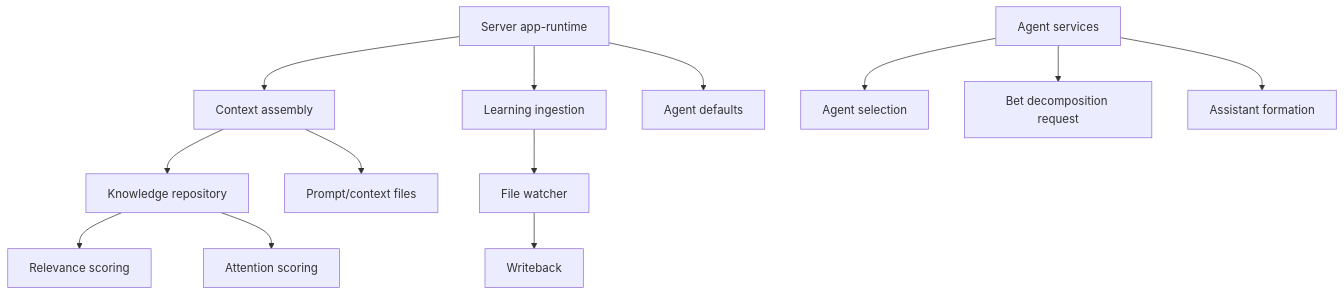
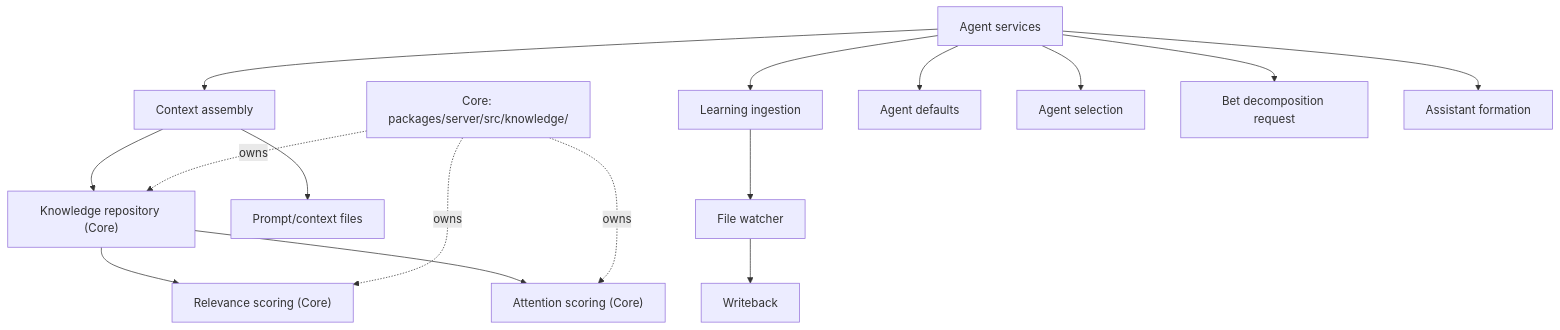
Before and after one commit to idle-builders/hyperidle: the ninth of 12 diagrams in docs/architecture/as-implemented-domain-architecture.md, drawn with Mermaid. The commit also changed other lines of this file and 13 other files, not shown here.

````diff
--- a/docs/architecture/as-implemented-domain-architecture.md
+++ b/docs/architecture/as-implemented-domain-architecture.md
@@ -288,19 +290,22 @@
 ```mermaid
 flowchart TB
-  AppRuntime["Server app-runtime"]
   AgentServices["Agent services"]
+  CoreKnowledge["Core: packages/server/src/knowledge/"]
 
-  AppRuntime --> ContextAssembly["Context assembly"]
-  AppRuntime --> LearningIngestion["Learning ingestion"]
-  AppRuntime --> AgentDefaults["Agent defaults"]
+  AgentServices --> ContextAssembly["Context assembly"]
+  AgentServices --> LearningIngestion["Learning ingestion"]
+  AgentServices --> AgentDefaults["Agent defaults"]
   AgentServices --> AgentSelection["Agent selection"]
   AgentServices --> BetDecompose["Bet decomposition request"]
   AgentServices --> AssistantForm["Assistant formation"]
 
-  ContextAssembly --> KnowledgeRepo["Knowledge repository"]
+  ContextAssembly --> KnowledgeRepo["Knowledge repository (Core)"]
   ContextAssembly --> PromptFiles["Prompt/context files"]
   LearningIngestion --> FileWatcher["File watcher"]
   FileWatcher --> Writeback["Writeback"]
-  KnowledgeRepo --> Relevance["Relevance scoring"]
-  KnowledgeRepo --> Attention["Attention scoring"]
+  KnowledgeRepo --> Relevance["Relevance scoring (Core)"]
+  KnowledgeRepo --> Attention["Attention scoring (Core)"]
+  CoreKnowledge -.owns.-> KnowledgeRepo
+  CoreKnowledge -.owns.-> Relevance
+  CoreKnowledge -.owns.-> Attention
 ```
````
